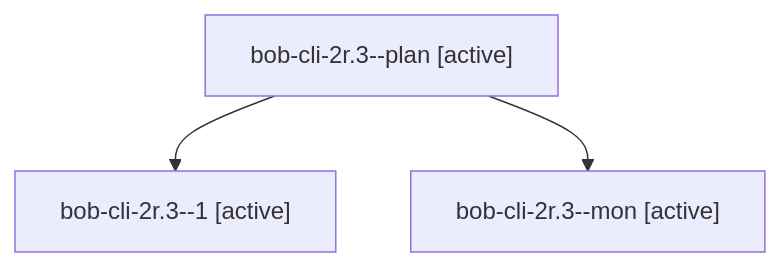
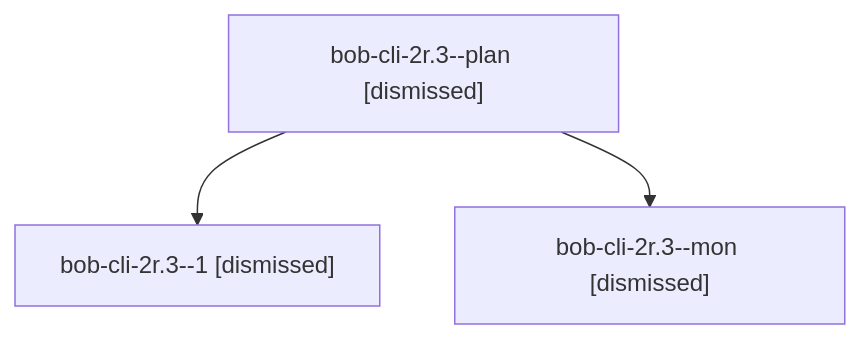
Before and after one commit to bobs-org/bob-cli--agents: the diagram in sessions/bbugyi200.apollo.bob-cli-2r.3.md, drawn with Mermaid. The commit also changed other lines of this file and 135 other files, not shown here.

````diff
--- a/sessions/bbugyi200.apollo.bob-cli-2r.3.md
+++ b/sessions/bbugyi200.apollo.bob-cli-2r.3.md
@@ -9,8 +9,8 @@
 ```mermaid
 flowchart TD
-  n0["bob-cli-2r.3--plan [active]"]
-  n1["bob-cli-2r.3--1 [active]"]
+  n0["bob-cli-2r.3--plan [dismissed]"]
+  n1["bob-cli-2r.3--1 [dismissed]"]
   n0 --> n1
-  n2["bob-cli-2r.3--mon [active]"]
+  n2["bob-cli-2r.3--mon [dismissed]"]
   n0 --> n2
 ```
````
